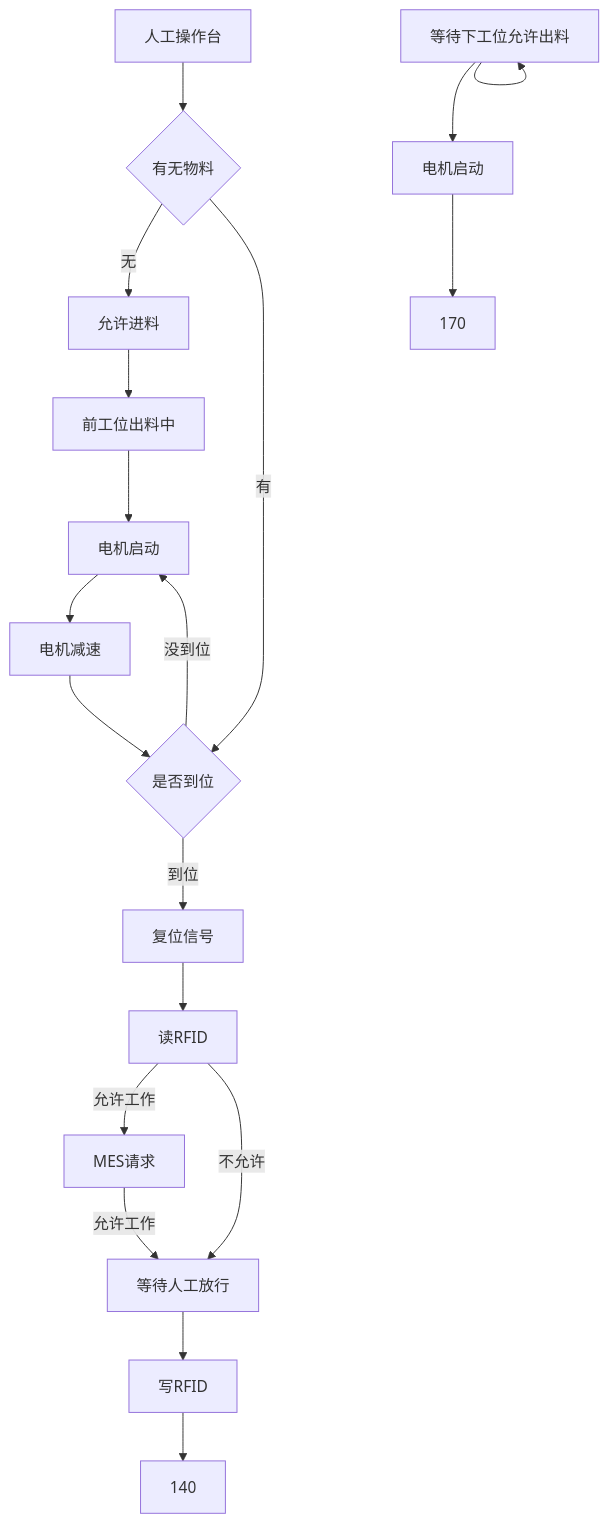
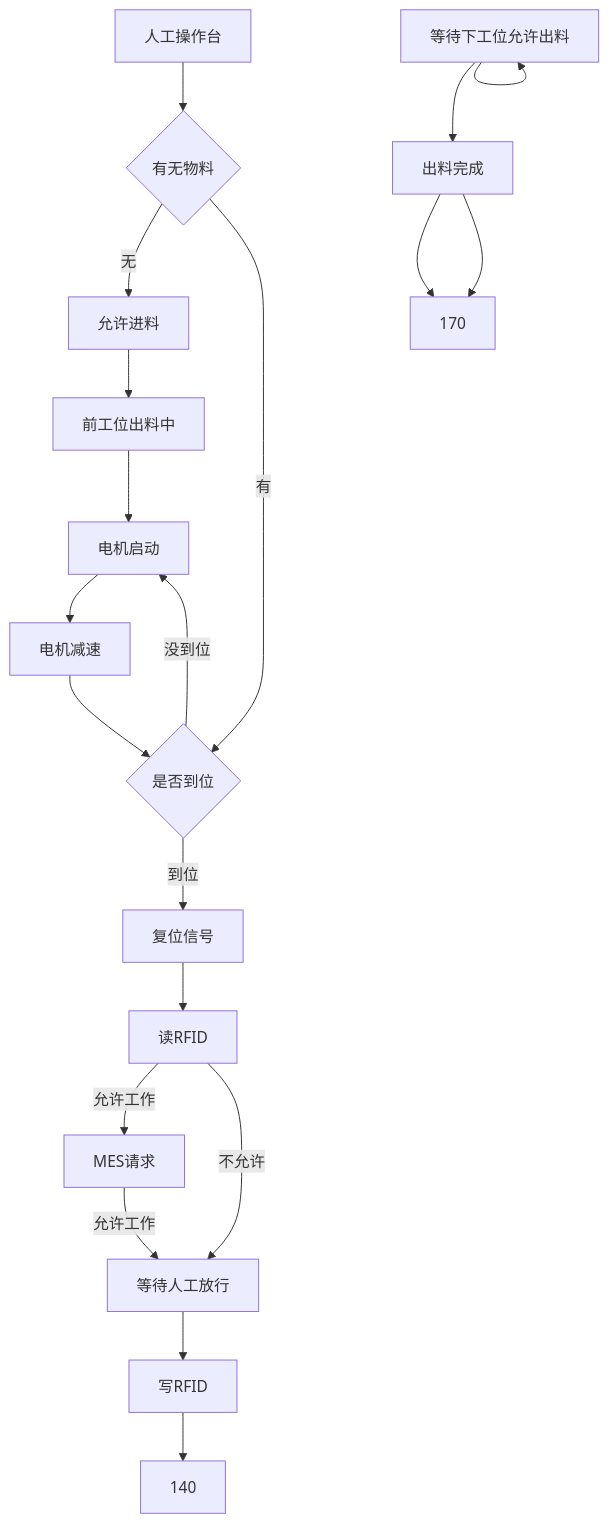
Before and after one commit to PengKun1/iodraw-files: the diagram in all/未命名-4.md, drawn with Mermaid.

Commit message:
2024-12-20 14:54:19 update

````diff
--- a/all/未命名-4.md
+++ b/all/未命名-4.md
@@ -1,22 +1,23 @@
 ```mermaid
 graph TD
 0[人工操作台]-->10
 10{有无物料}-->|无|20
 10-->|有|60
 20[允许进料]-->30
 30[前工位出料中]-->40
 40[电机启动]-->50
 50[电机减速]-->60
 60{是否到位}-->|到位|70
 60-->|没到位|40
 70[复位信号]-->80
 80[读RFID]-->|允许工作|90
 80-->|不允许|120
 90[MES请求]-->|允许工作|120
 
 120[等待人工放行]-->130
 130[写RFID]-->140
 150[MES上传]-->150
 150[等待下工位允许出料]-->160
 160[电机启动]-->170
+160[出料完成]-->170
 ```
````
